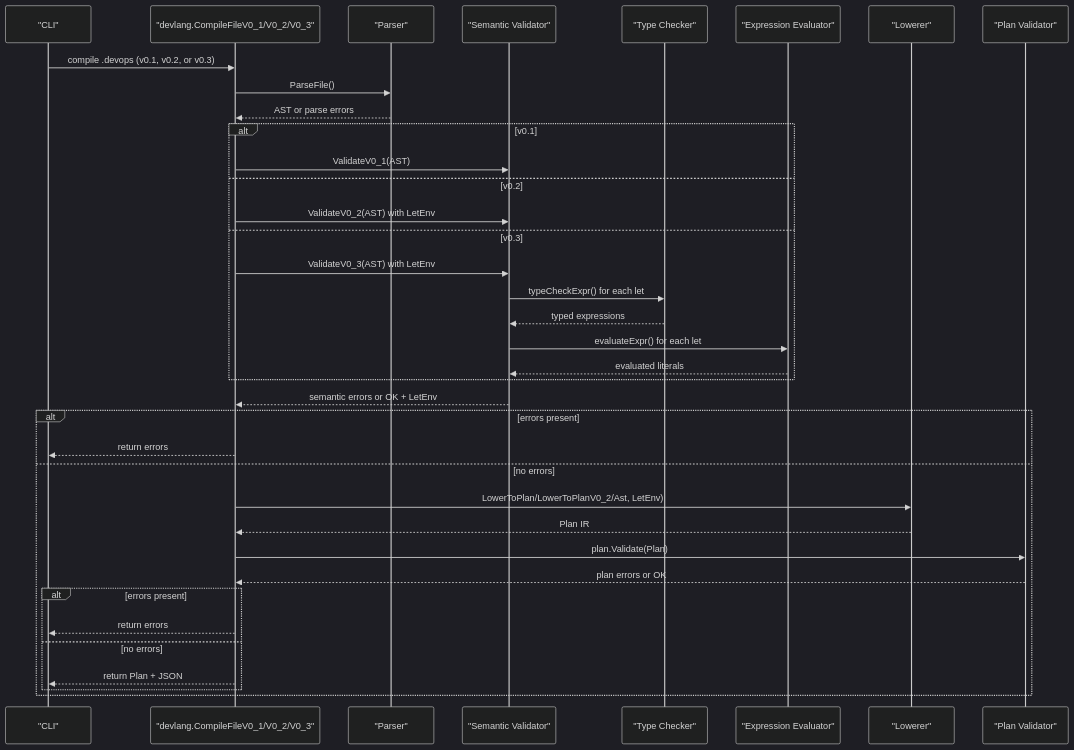
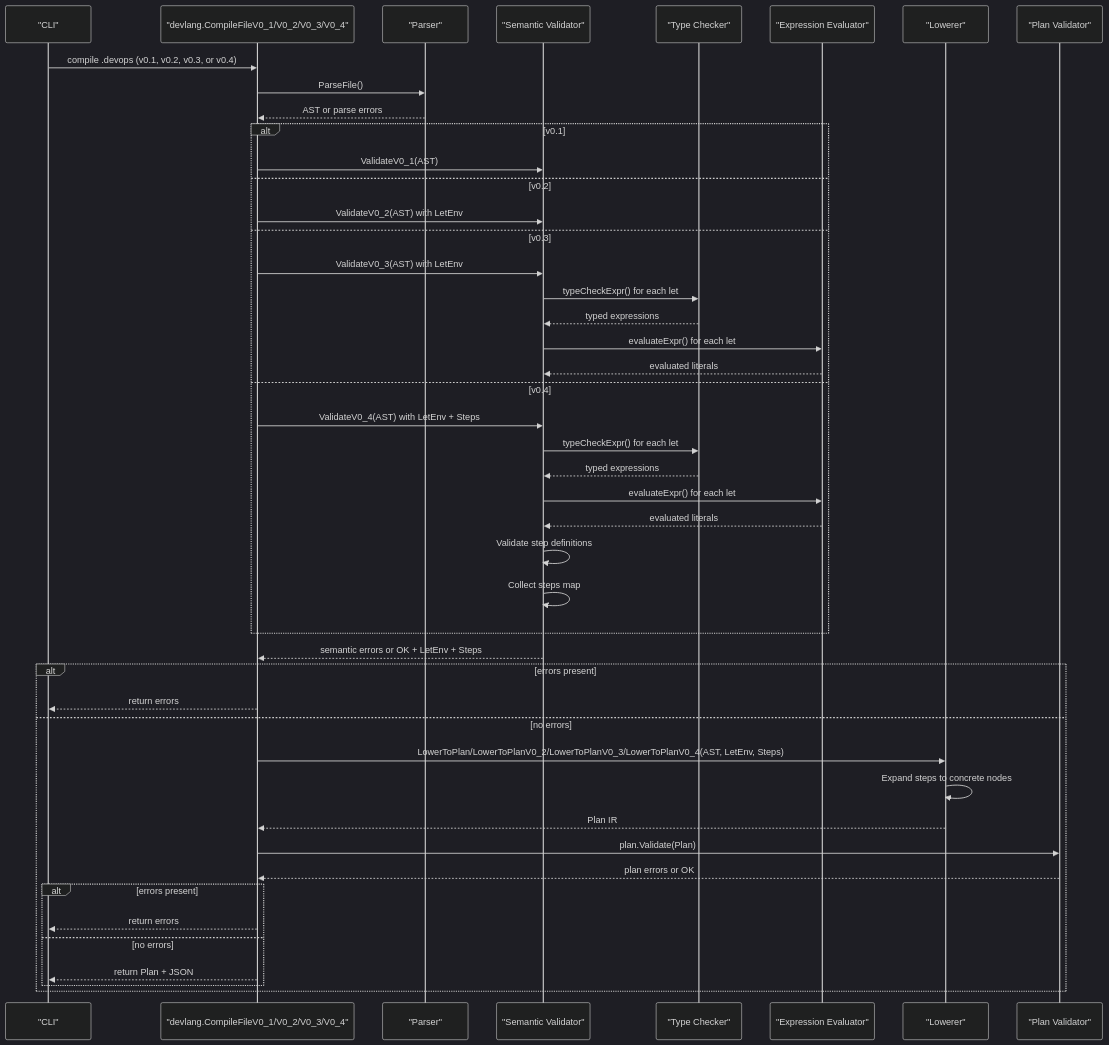
The second of 12 diagrams in .qoder/repowiki/en/content/.devops Language Reference/Validation Rules and Constraints.md (ahmednour1430464/dotdevops), drawn with Mermaid (dark theme) before and after one commit. The commit also changed other lines of this file and 3 other files, not shown here.

First line of the commit message:
feat(devlang): add comprehensive support for v0.4 reusable steps

````diff
--- a/.qoder/repowiki/en/content/.devops Language Reference/Validation Rules and Constraints.md
+++ b/.qoder/repowiki/en/content/.devops Language Reference/Validation Rules and Constraints.md
@@ -127,39 +145,48 @@
 ```mermaid
 sequenceDiagram
 participant CLI as "CLI"
-participant DL as "devlang.CompileFileV0_1/V0_2/V0_3"
+participant DL as "devlang.CompileFileV0_1/V0_2/V0_3/V0_4"
 participant P as "Parser"
 participant SV as "Semantic Validator"
 participant TE as "Type Checker"
 participant EE as "Expression Evaluator"
 participant L as "Lowerer"
 participant PV as "Plan Validator"
-CLI->>DL : compile .devops (v0.1, v0.2, or v0.3)
+CLI->>DL : compile .devops (v0.1, v0.2, v0.3, or v0.4)
 DL->>P : ParseFile()
 P-->>DL : AST or parse errors
 alt v0.1
 DL->>SV : ValidateV0_1(AST)
 else v0.2
 DL->>SV : ValidateV0_2(AST) with LetEnv
 else v0.3
 DL->>SV : ValidateV0_3(AST) with LetEnv
 SV->>TE : typeCheckExpr() for each let
 TE-->>SV : typed expressions
 SV->>EE : evaluateExpr() for each let
 EE-->>SV : evaluated literals
+else v0.4
+DL->>SV : ValidateV0_4(AST) with LetEnv + Steps
+SV->>TE : typeCheckExpr() for each let
+TE-->>SV : typed expressions
+SV->>EE : evaluateExpr() for each let
+EE-->>SV : evaluated literals
+SV->>SV : Validate step definitions
+SV->>SV : Collect steps map
 end
-SV-->>DL : semantic errors or OK + LetEnv
+SV-->>DL : semantic errors or OK + LetEnv + Steps
 alt errors present
 DL-->>CLI : return errors
 else no errors
-DL->>L : LowerToPlan/LowerToPlanV0_2/Ast, LetEnv)
+DL->>L : LowerToPlan/LowerToPlanV0_2/LowerToPlanV0_3/LowerToPlanV0_4(AST, LetEnv, Steps)
+L->>L : Expand steps to concrete nodes
 L-->>DL : Plan IR
 DL->>PV : plan.Validate(Plan)
 PV-->>DL : plan errors or OK
 alt errors present
 DL-->>CLI : return errors
 else no errors
 DL-->>CLI : return Plan + JSON
 end
 end
 ```
````
